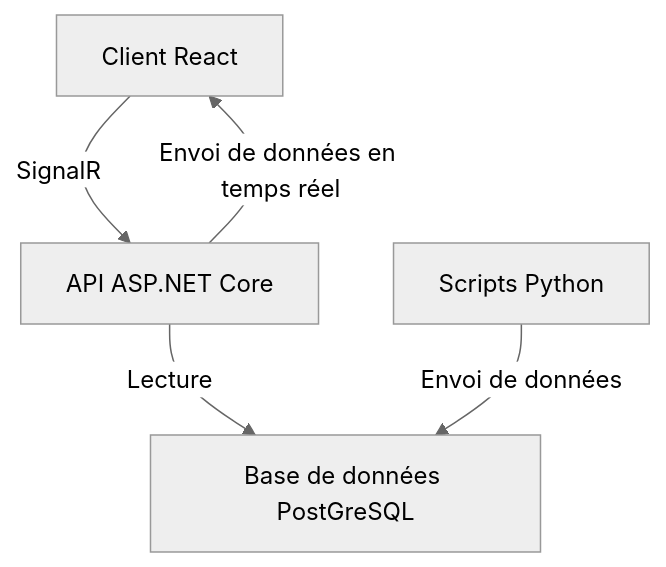
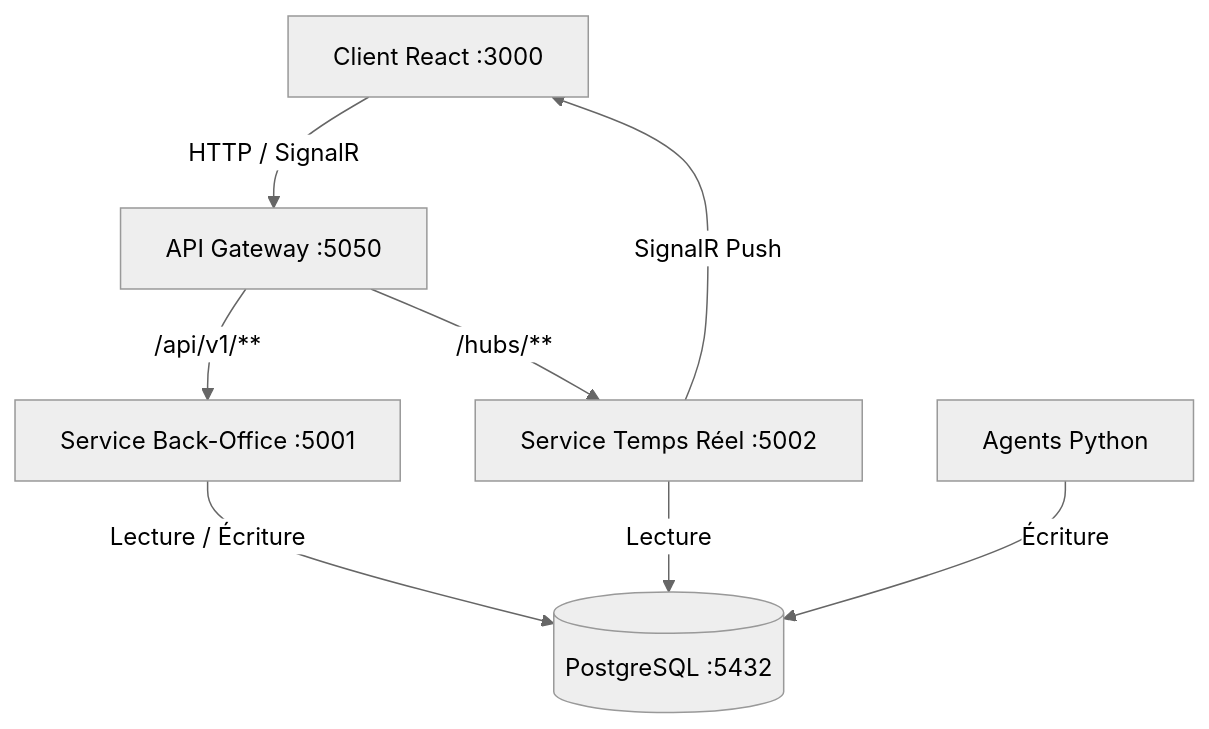
One commit to Dr4kiel/projet_renforcement_backend changed the first of 2 diagrams in README.md. Above: the diagram before and after it, drawn with Mermaid (neutral theme). The commit also changed other lines of this file, not shown here.

````diff
--- a/README.md
+++ b/README.md
@@ -27,7 +27,10 @@
 ```mermaid
 graph TD
-    A[Client React] -- SignalR --> B[API ASP.NET Core]
-    B -- Lecture --> C[Base de données PostGreSQL]
-    D[Scripts Python] -- Envoi de données --> C
-    B -- Envoi de données en temps réel --> A
+    Client[Client React :3000] -- HTTP / SignalR --> Gateway[API Gateway :5050]
+    Gateway -- /api/v1/** --> Backoffice[Service Back-Office :5001]
+    Gateway -- /hubs/** --> Realtime[Service Temps Réel :5002]
+    Backoffice -- Lecture / Écriture --> DB[(PostgreSQL :5432)]
+    Realtime -- Lecture --> DB
+    Agents[Agents Python] -- Écriture --> DB
+    Realtime -- SignalR Push --> Client
 ```
````
